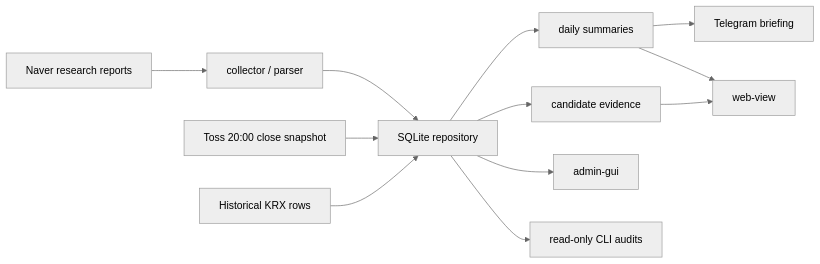
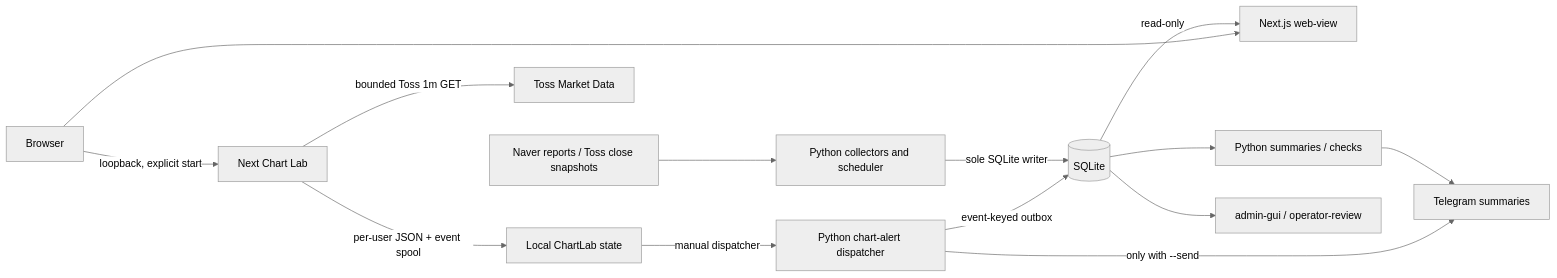
Before and after one commit to Sync22/KR_Report: the diagram in README.md, drawn with Mermaid (neutral theme). The commit also changed other lines of this file and 42 other files, not shown here.

Commit message:
feat: add report-focused chart alerts and refine Telegram notifications

````diff
--- a/README.md
+++ b/README.md
@@ -46,14 +51,16 @@
 ```mermaid
 flowchart LR
-    A["Naver research reports"] --> B["collector / parser"]
-    B --> C["SQLite repository"]
-    D["Toss 20:00 close snapshot"] --> C
-    E["Historical KRX rows"] --> C
-    C --> F["daily summaries"]
-    C --> G["candidate evidence"]
-    F --> H["Telegram briefing"]
-    F --> I["web-view"]
-    G --> I
-    C --> J["admin-gui"]
-    C --> K["read-only CLI audits"]
+    A["Naver reports / Toss close snapshots"] --> P["Python collectors and scheduler"]
+    P -->|"sole SQLite writer"| DB[("SQLite")]
+    DB -->|"read-only"| N["Next.js web-view"]
+    B["Browser"] --> N
+    DB --> PY["Python summaries / checks"]
+    PY --> TG["Telegram summaries"]
+    DB --> ADM["admin-gui / operator-review"]
+    B -->|"loopback, explicit start"| CL["Next Chart Lab"]
+    CL -->|"bounded Toss 1m GET"| T["Toss Market Data"]
+    CL -->|"per-user JSON + event spool"| S["Local ChartLab state"]
+    S -->|"manual dispatcher"| P2["Python chart-alert dispatcher"]
+    P2 -->|"event-keyed outbox"| DB
+    P2 -->|"only with --send"| TG
 ```
````
